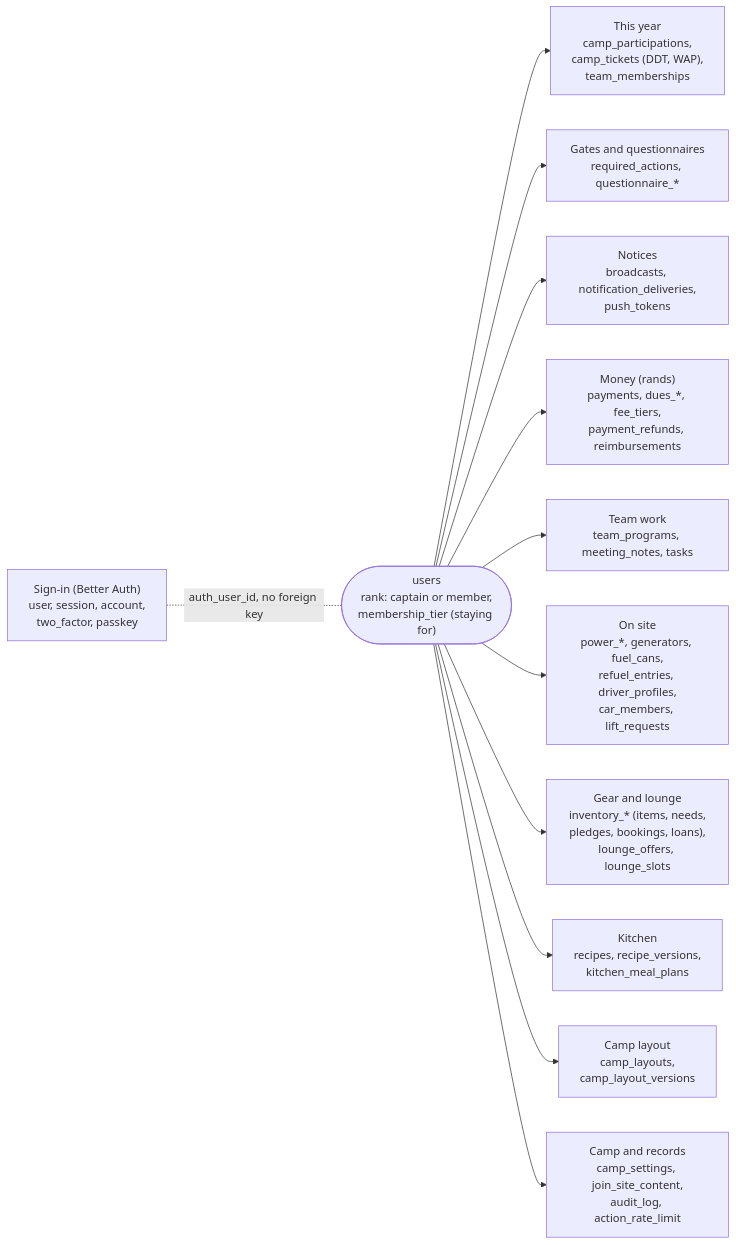
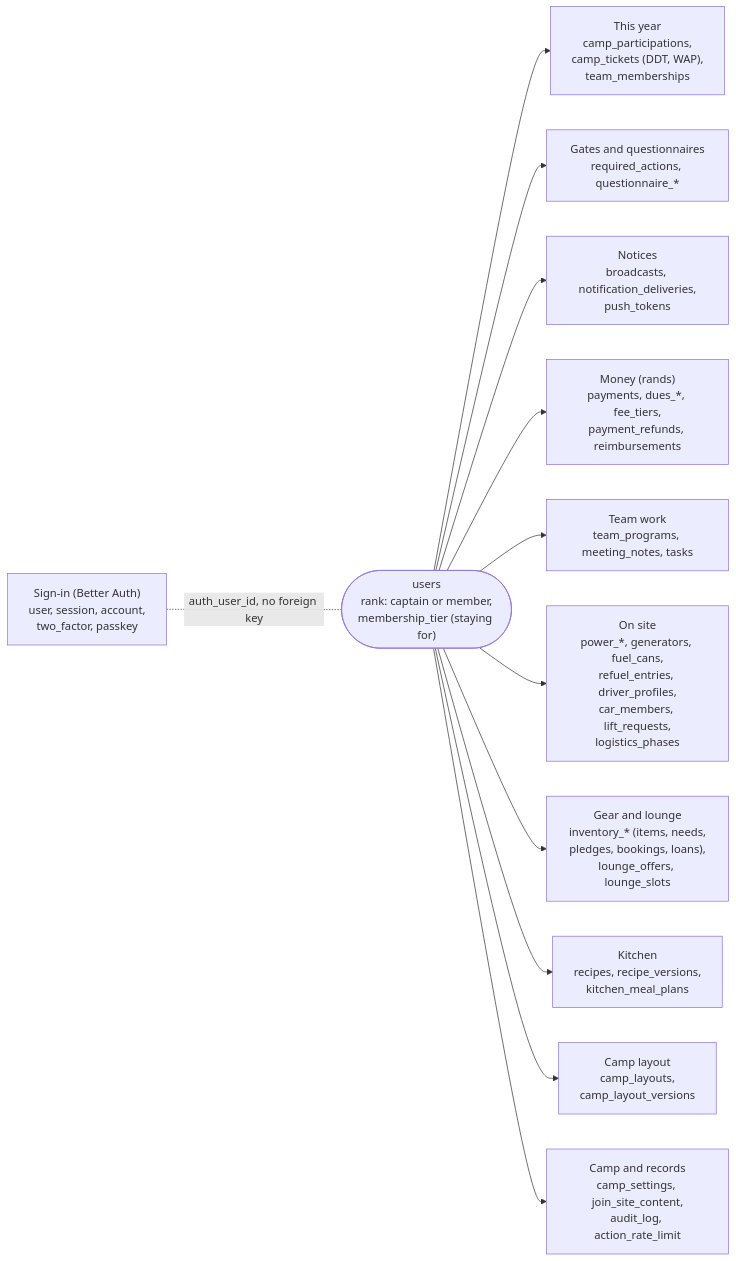
One commit to RyRy79261/camp-404 changed the fifth of 6 diagrams in docs/architecture.md. Above: the diagram before and after it, drawn with Mermaid. The commit also changed other lines of this file and 4 other files, not shown here.

Commit message:
docs: name Logistics in the README, the architecture page and the package READMEs, which merged before it (#310)

````diff
--- a/docs/architecture.md
+++ b/docs/architecture.md
@@ -136,19 +136,19 @@
 ```mermaid
 flowchart LR
   authT["Sign-in (Better Auth)<br/>user, session, account,<br/>two_factor, passkey"]
   users(["users<br/>rank: captain or member,<br/>membership_tier (staying for)"])
   year["This year<br/>camp_participations,<br/>camp_tickets (DDT, WAP),<br/>team_memberships"]
   gates["Gates and questionnaires<br/>required_actions, questionnaire_*"]
   notes["Notices<br/>broadcasts, notification_deliveries,<br/>push_tokens"]
   money["Money (rands)<br/>payments, dues_*, fee_tiers,<br/>payment_refunds, reimbursements"]
   teams["Team work<br/>team_programs, meeting_notes, tasks"]
-  site["On site<br/>power_*, generators, fuel_cans,<br/>refuel_entries, driver_profiles,<br/>car_members, lift_requests"]
+  site["On site<br/>power_*, generators, fuel_cans,<br/>refuel_entries, driver_profiles,<br/>car_members, lift_requests,<br/>logistics_phases"]
   gear["Gear and lounge<br/>inventory_* (items, needs,<br/>pledges, bookings, loans),<br/>lounge_offers, lounge_slots"]
   layout["Camp layout<br/>camp_layouts,<br/>camp_layout_versions"]
   kitchen["Kitchen<br/>recipes, recipe_versions,<br/>kitchen_meal_plans"]
   config["Camp and records<br/>camp_settings, join_site_content,<br/>audit_log, action_rate_limit"]
   authT -. auth_user_id, no foreign key .- users
   users --> year & gates & notes & money
   users --> teams & site & gear & kitchen
   users --> layout & config
 ```
````
